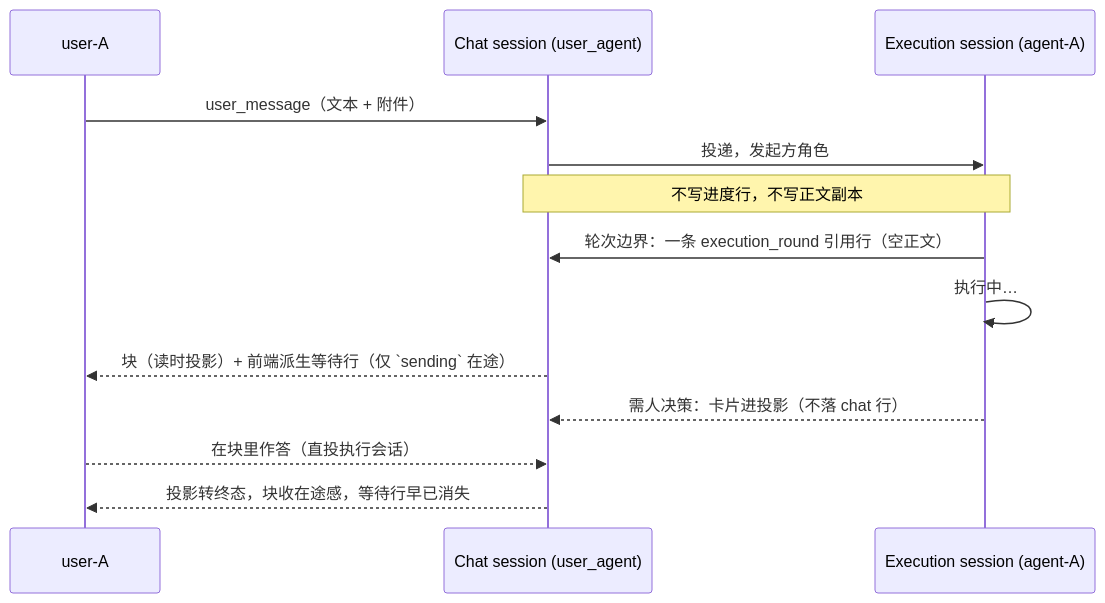
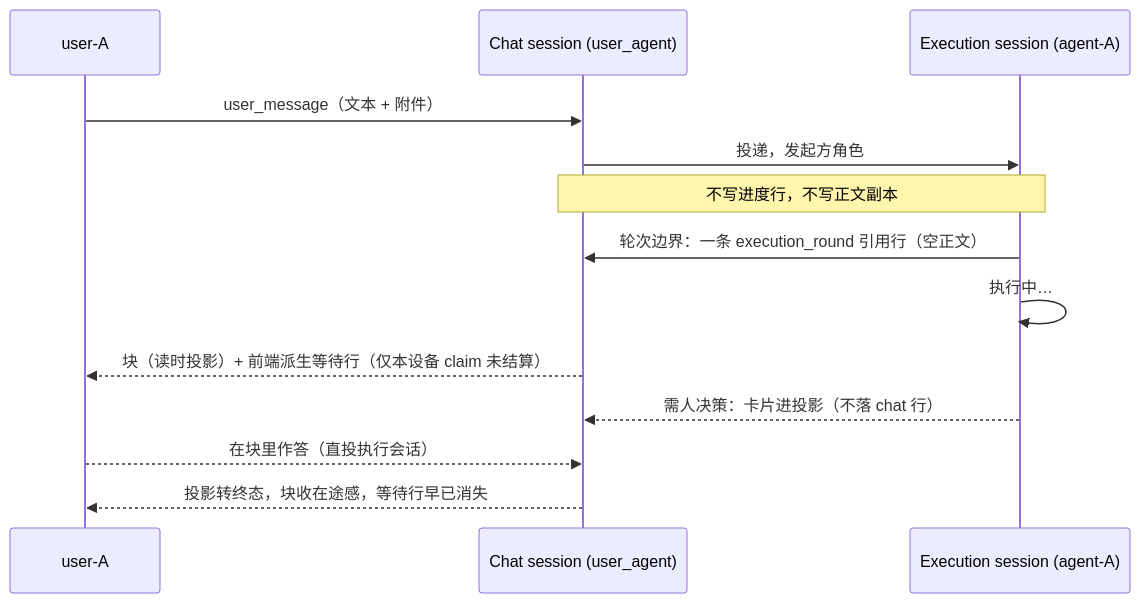
Before and after one commit to acowork/acowork: the sixth of 10 diagrams in docs/design/zh/27-intent-messaging-and-group-chat.md, drawn with Mermaid. The commit also changed other lines of this file and 100 other files, not shown here.

````diff
--- a/docs/design/zh/27-intent-messaging-and-group-chat.md
+++ b/docs/design/zh/27-intent-messaging-and-group-chat.md
@@ -553,15 +557,15 @@
 ```mermaid
 sequenceDiagram
     participant U as user-A
     participant CS as Chat session (user_agent)
     participant ES as Execution session (agent-A)
     U->>CS: user_message（文本 + 附件）
     CS->>ES: 投递，发起方角色
     Note over ES,CS: 不写进度行，不写正文副本
     ES->>CS: 轮次边界：一条 execution_round 引用行（空正文）
     ES->>ES: 执行中…
-    CS-->>U: 块（读时投影）+ 前端派生等待行（仅 `sending` 在途）
+    CS-->>U: 块（读时投影）+ 前端派生等待行（仅本设备 claim 未结算）
     ES-->>CS: 需人决策：卡片进投影（不落 chat 行）
     U-->>CS: 在块里作答（直投执行会话）
     CS-->>U: 投影转终态，块收在途感，等待行早已消失
 ```
````
